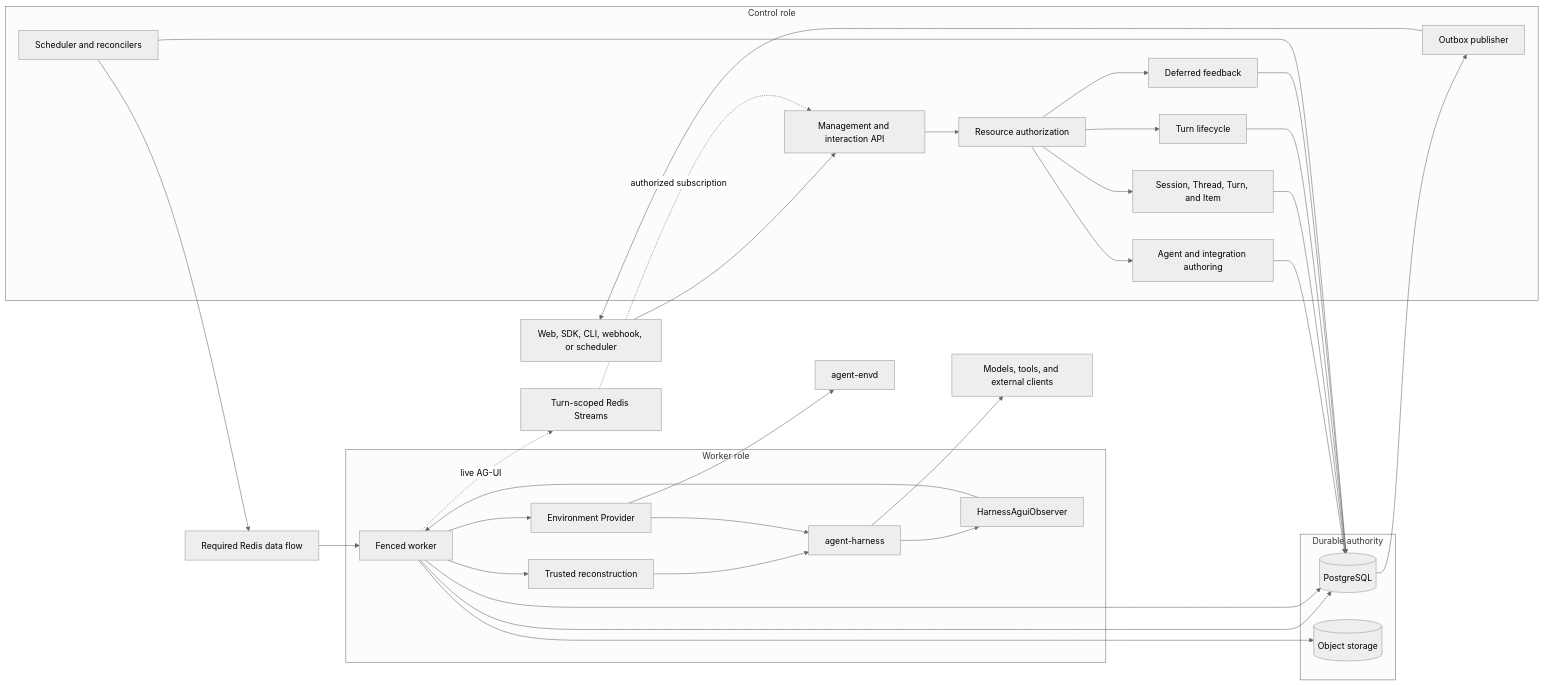
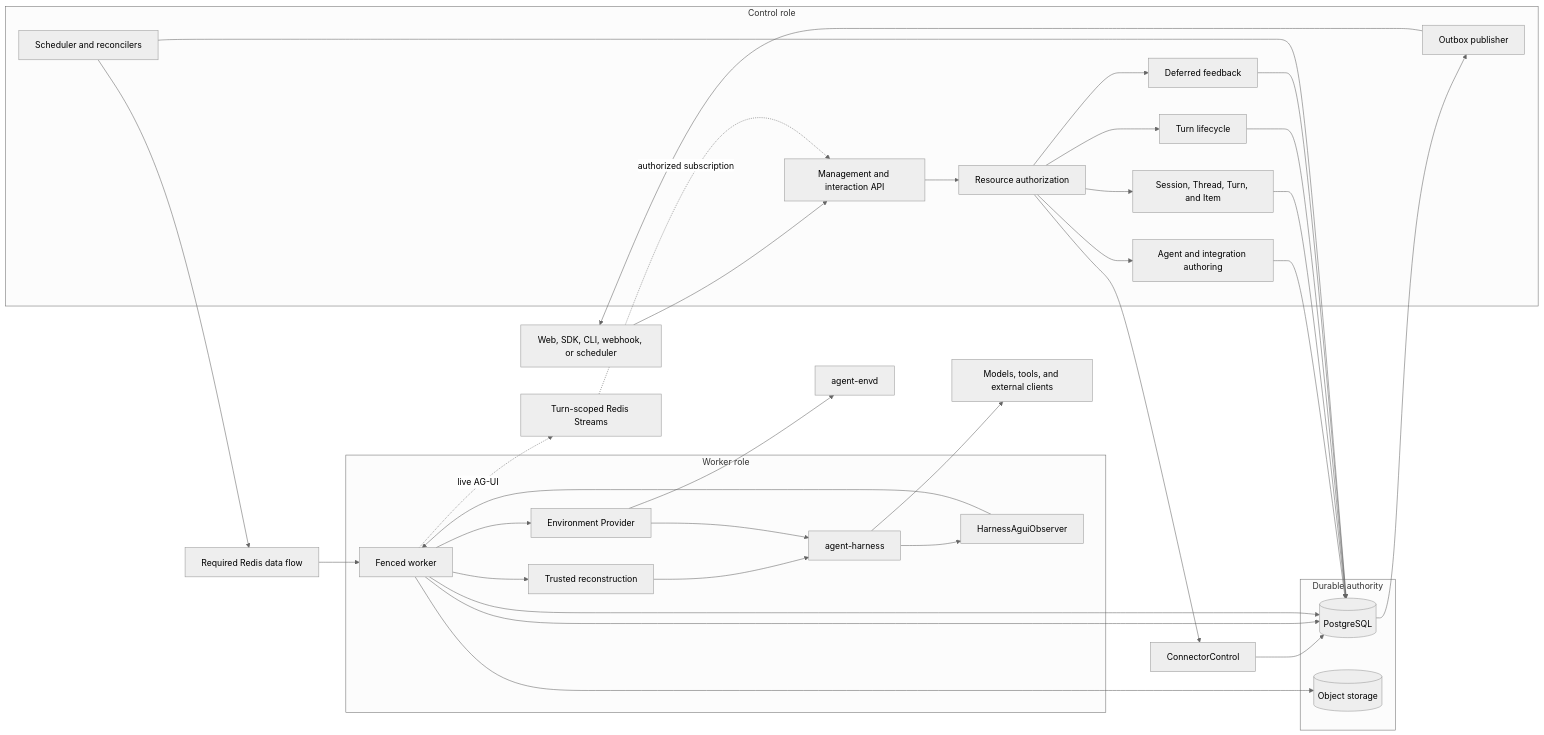
One commit to LTThreeComma/agent-foundation changed the first of 3 diagrams in spec/foundation-service/00-overview.md. Above: the diagram before and after it, drawn with Mermaid (neutral theme). The commit also changed 8 other files, not shown here.

````diff
--- a/spec/foundation-service/00-overview.md
+++ b/spec/foundation-service/00-overview.md
@@ -13,49 +13,49 @@
 ```mermaid
 flowchart LR
     Client[Web, SDK, CLI, webhook, or scheduler]
 
     subgraph Control[Control role]
         API[Management and interaction API]
         Auth[Resource authorization]
         Authoring[Agent and integration authoring]
         Interaction[Session, Thread, Turn, and Item]
         Lifecycle[Turn lifecycle]
         Scheduler[Scheduler and reconcilers]
         Feedback[Deferred feedback]
         Publisher[Outbox publisher]
     end
 
     subgraph Durable[Durable authority]
         Database[(PostgreSQL)]
         Objects[(Object storage)]
     end
 
     Coordination[Required Redis data flow]
     LiveBus[Turn-scoped Redis Streams]
 
     subgraph WorkerRole[Worker role]
         Worker[Fenced worker]
         Reconstruct[Trusted reconstruction]
         Provider[Environment Provider]
         Observer[HarnessAguiObserver]
         Harness[agent-harness]
     end
 
     Envd[agent-envd]
     External[Models, tools, and external clients]
 
     Client --> API --> Auth
-    Auth --> Authoring & Interaction & Lifecycle & Feedback
-    Authoring & Interaction & Lifecycle & Feedback --> Database
+    Auth --> Authoring & Interaction & Lifecycle & ConnectorControl & Feedback
+    Authoring & Interaction & Lifecycle & ConnectorControl & Feedback --> Database
     Scheduler --> Database
     Scheduler --> Coordination --> Worker
     Worker --> Database
     Worker --> Reconstruct --> Harness
     Worker --> Provider --> Harness
     Provider --> Envd
     Harness --> External
     Harness --> Observer --> Worker
     Worker -. live AG-UI .-> LiveBus -. authorized subscription .-> API
     Worker --> Database & Objects
     Database --> Publisher --> Client
 ```
````
